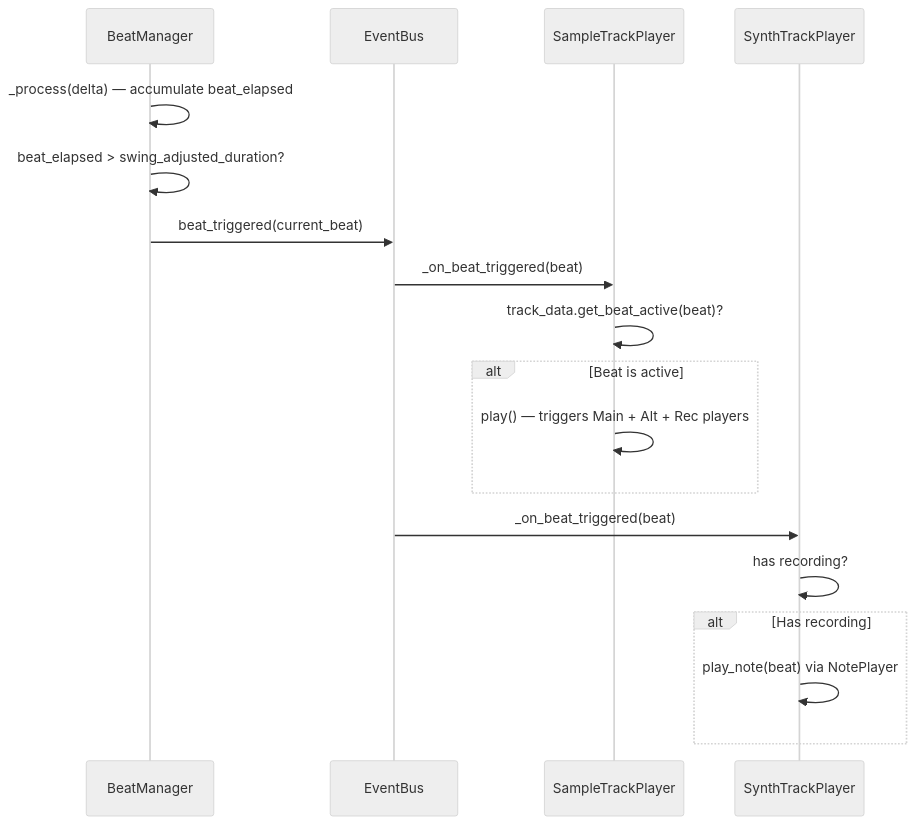
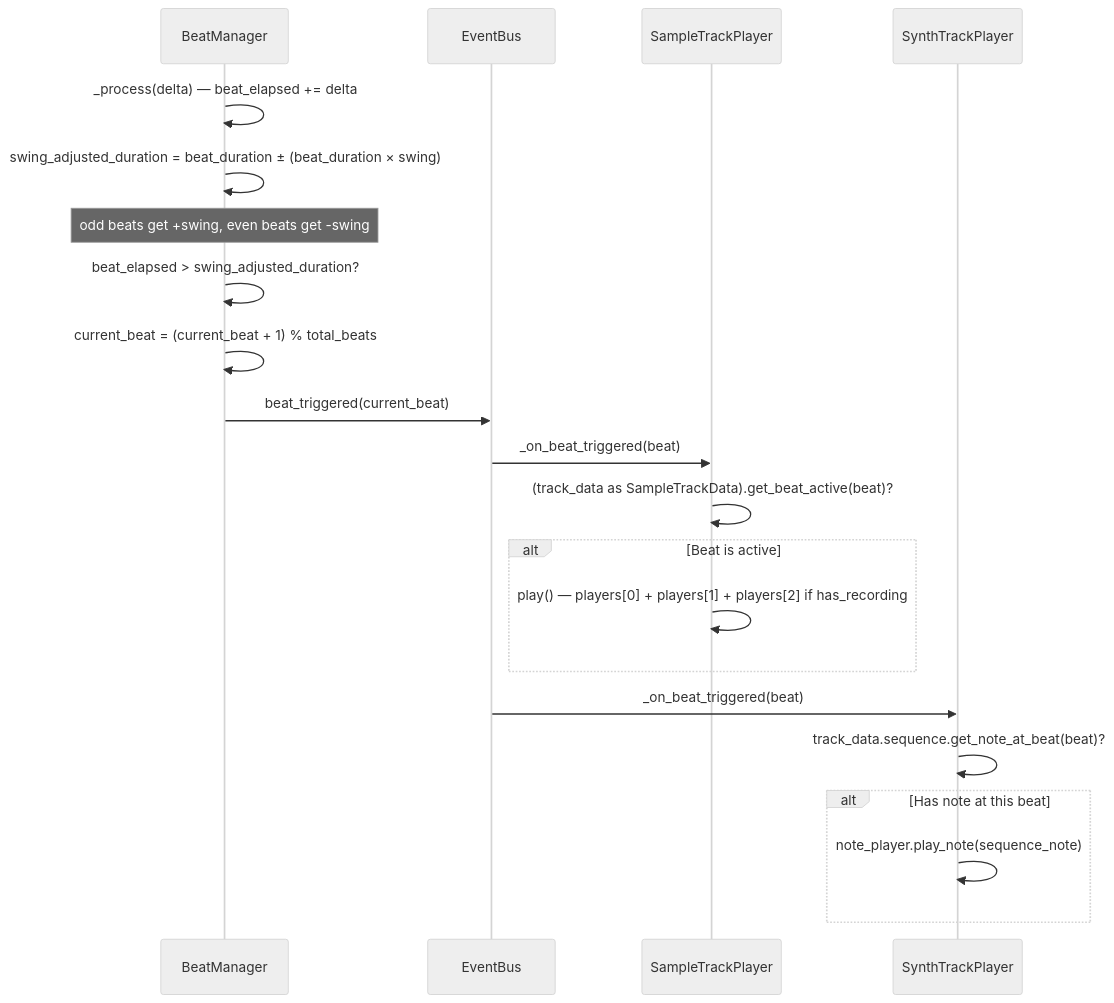
The first of 6 diagrams in Ritme Robot Architecture.md (CatmanJunior/godot-youbeatai-main), drawn with Mermaid (neutral theme) before and after one commit. The commit also changed other lines of this file and 52 other files, not shown here.

````diff
--- a/Ritme Robot Architecture.md
+++ b/Ritme Robot Architecture.md
@@ -86,21 +252,24 @@
 ```mermaid
 sequenceDiagram
-	participant BM as BeatManager
-	participant EB as EventBus
-	participant STP as SampleTrackPlayer
-	participant SyTP as SynthTrackPlayer
+    participant BM as BeatManager
+    participant EB as EventBus
+    participant STP as SampleTrackPlayer
+    participant SyTP as SynthTrackPlayer
 
-	BM->>BM: _process(delta) — accumulate beat_elapsed
-	BM->>BM: beat_elapsed > swing_adjusted_duration?
-	BM->>EB: beat_triggered(current_beat)
-	EB->>STP: _on_beat_triggered(beat)
-	STP->>STP: track_data.get_beat_active(beat)?
-	alt Beat is active
-		STP->>STP: play() — triggers Main + Alt + Rec players
-	end
-	EB->>SyTP: _on_beat_triggered(beat)
-	SyTP->>SyTP: has recording?
-	alt Has recording
-		SyTP->>SyTP: play_note(beat) via NotePlayer
-	end
+    BM->>BM: _process(delta) — beat_elapsed += delta
+    BM->>BM: swing_adjusted_duration = beat_duration ± (beat_duration × swing)
+    Note over BM: odd beats get +swing, even beats get -swing
+    BM->>BM: beat_elapsed > swing_adjusted_duration?
+    BM->>BM: current_beat = (current_beat + 1) % total_beats
+    BM->>EB: beat_triggered(current_beat)
+    EB->>STP: _on_beat_triggered(beat)
+    STP->>STP: (track_data as SampleTrackData).get_beat_active(beat)?
+    alt Beat is active
+        STP->>STP: play() — players[0] + players[1] + players[2] if has_recording
+    end
+    EB->>SyTP: _on_beat_triggered(beat)
+    SyTP->>SyTP: track_data.sequence.get_note_at_beat(beat)?
+    alt Has note at this beat
+        SyTP->>SyTP: note_player.play_note(sequence_note)
+    end
 ```
````
